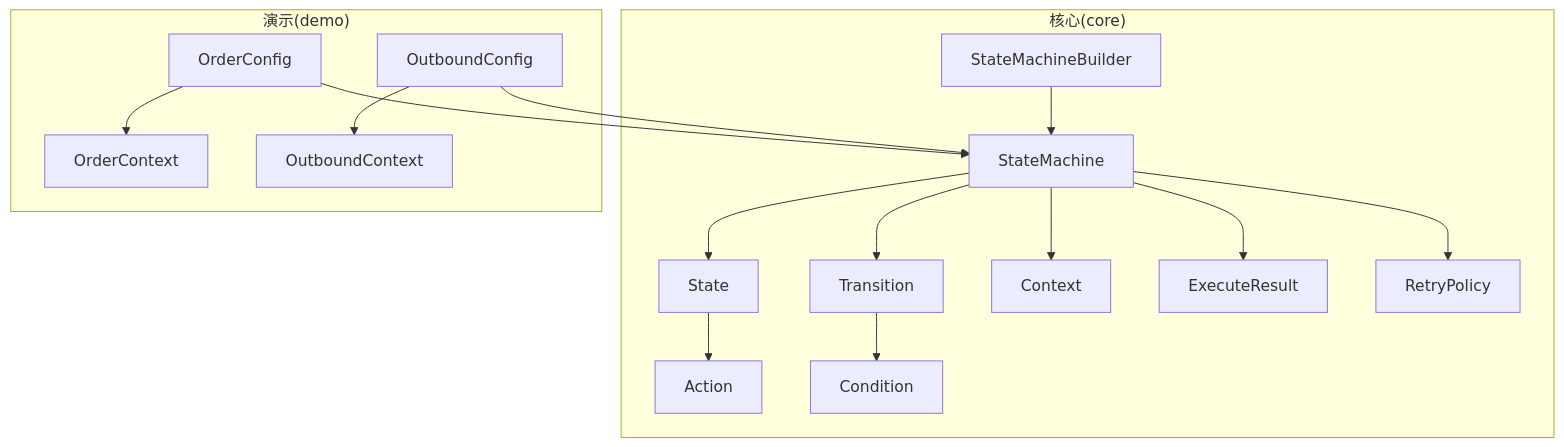
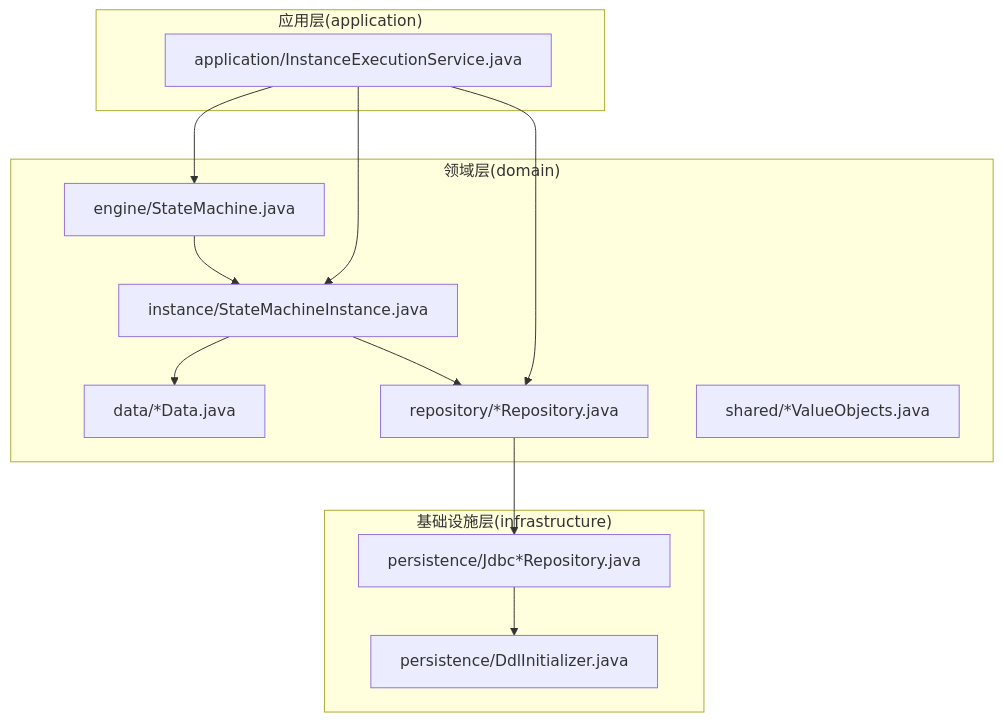
One commit to xiaoche80s-tech/state-machine-parent changed the first of 7 diagrams in .qoder/repowiki/zh/content/核心概念/核心概念.md. Above: the diagram before and after it, drawn with Mermaid. The commit also changed other lines of this file and 97 other files, not shown here.

````diff
--- a/.qoder/repowiki/zh/content/核心概念/核心概念.md
+++ b/.qoder/repowiki/zh/content/核心概念/核心概念.md
@@ -46,32 +51,25 @@
 ```mermaid
 graph TB
-subgraph "核心(core)"
-SM["StateMachine"]
-SB["StateMachineBuilder"]
-ST["State"]
-TR["Transition"]
-CTX["Context"]
-ACT["Action"]
-COND["Condition"]
-EP["ExecuteResult"]
-RP["RetryPolicy"]
+subgraph "领域层(domain)"
+D_Engine["engine/StateMachine.java"]
+D_Instance["instance/StateMachineInstance.java"]
+D_Data["data/*Data.java"]
+D_Repo["repository/*Repository.java"]
+D_Shared["shared/*ValueObjects.java"]
 end
-subgraph "演示(demo)"
-OC["OrderContext"]
-OCFG["OrderConfig"]
-OB["OutboundContext"]
-OBCFG["OutboundConfig"]
+subgraph "应用层(application)"
+APP["application/InstanceExecutionService.java"]
 end
-SB --> SM
-SM --> ST
-SM --> TR
-ST --> ACT
-TR --> COND
-SM --> CTX
-SM --> EP
-SM --> RP
-OCFG --> SM
-OBCFG --> SM
-OCFG --> OC
-OBCFG --> OB
+subgraph "基础设施层(infrastructure)"
+INF_DB["persistence/Jdbc*Repository.java"]
+INF_DDL["persistence/DdlInitializer.java"]
+end
+D_Engine --> D_Instance
+D_Instance --> D_Data
+D_Instance --> D_Repo
+APP --> D_Engine
+APP --> D_Instance
+APP --> D_Repo
+D_Repo --> INF_DB
+INF_DB --> INF_DDL
 ```
````
